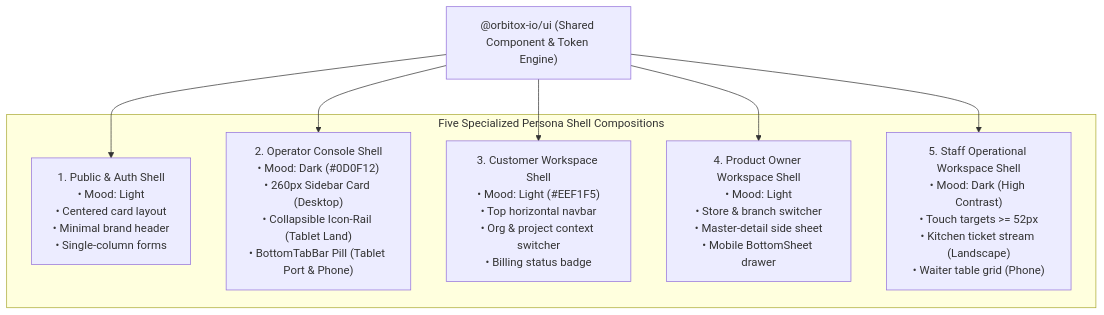
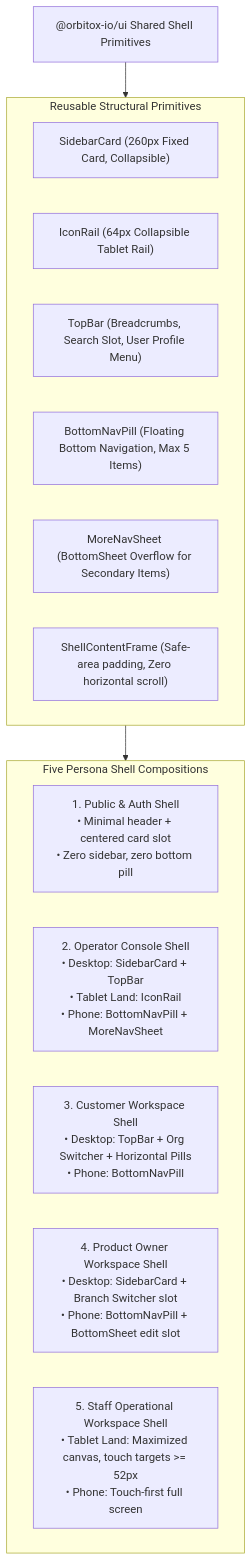
Before and after one commit to Nikhil-ig/OrbitoX-Platform: the fourth of 4 diagrams in docs/ui-reset/05_PHASE_7B2_THEME_TOKENS_AND_PERSONA_SHELLS.md, drawn with Mermaid. The commit also changed other lines of this file and 1 other file, not shown here.

Commit message:
docs(7B.2): establish revised theme token and persona shell architecture blueprint

````diff
--- a/docs/ui-reset/05_PHASE_7B2_THEME_TOKENS_AND_PERSONA_SHELLS.md
+++ b/docs/ui-reset/05_PHASE_7B2_THEME_TOKENS_AND_PERSONA_SHELLS.md
@@ -244,18 +249,24 @@
 ```mermaid
 graph TD
-  DS["@orbitox-io/ui (Shared Component & Token Engine)"]
+  DS["@orbitox-io/ui Shared Shell Primitives"]
 
-  subgraph Shells["Five Specialized Persona Shell Compositions"]
-    S1["1. Public & Auth Shell<br>• Mood: Light<br>• Centered card layout<br>• Minimal brand header<br>• Single-column forms"]
-    S2["2. Operator Console Shell<br>• Mood: Dark (#0D0F12)<br>• 260px Sidebar Card (Desktop)<br>• Collapsible Icon-Rail (Tablet Land)<br>• BottomTabBar Pill (Tablet Port & Phone)"]
-    S3["3. Customer Workspace Shell<br>• Mood: Light (#EEF1F5)<br>• Top horizontal navbar<br>• Org & project context switcher<br>• Billing status badge"]
-    S4["4. Product Owner Workspace Shell<br>• Mood: Light<br>• Store & branch switcher<br>• Master-detail side sheet<br>• Mobile BottomSheet drawer"]
-    S5["5. Staff Operational Workspace Shell<br>• Mood: Dark (High Contrast)<br>• Touch targets >= 52px<br>• Kitchen ticket stream (Landscape)<br>• Waiter table grid (Phone)"]
+  subgraph Primitives["Reusable Structural Primitives"]
+    SC["SidebarCard (260px Fixed Card, Collapsible)"]
+    IR["IconRail (64px Collapsible Tablet Rail)"]
+    TB["TopBar (Breadcrumbs, Search Slot, User Profile Menu)"]
+    BNP["BottomNavPill (Floating Bottom Navigation, Max 5 Items)"]
+    MNS["MoreNavSheet (BottomSheet Overflow for Secondary Items)"]
+    SCF["ShellContentFrame (Safe-area padding, Zero horizontal scroll)"]
   end
 
-  DS --> S1
-  DS --> S2
-  DS --> S3
-  DS --> S4
-  DS --> S5
+  subgraph Shells["Five Persona Shell Compositions"]
+    S1["1. Public & Auth Shell<br>• Minimal header + centered card slot<br>• Zero sidebar, zero bottom pill"]
+    S2["2. Operator Console Shell<br>• Desktop: SidebarCard + TopBar<br>• Tablet Land: IconRail<br>• Phone: BottomNavPill + MoreNavSheet"]
+    S3["3. Customer Workspace Shell<br>• Desktop: TopBar + Org Switcher + Horizontal Pills<br>• Phone: BottomNavPill"]
+    S4["4. Product Owner Workspace Shell<br>• Desktop: SidebarCard + Branch Switcher slot<br>• Phone: BottomNavPill + BottomSheet edit slot"]
+    S5["5. Staff Operational Workspace Shell<br>• Tablet Land: Maximized canvas, touch targets >= 52px<br>• Phone: Touch-first full screen"]
+  end
+
+  DS --> Primitives
+  Primitives --> Shells
 ```
````
